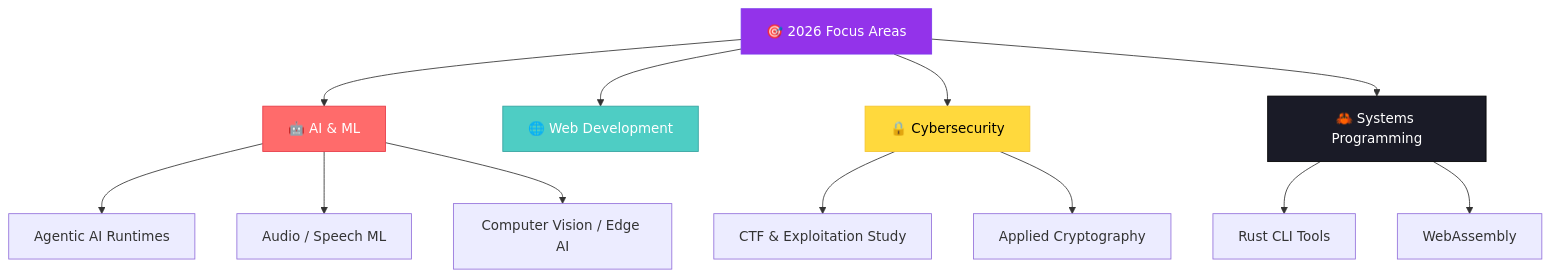
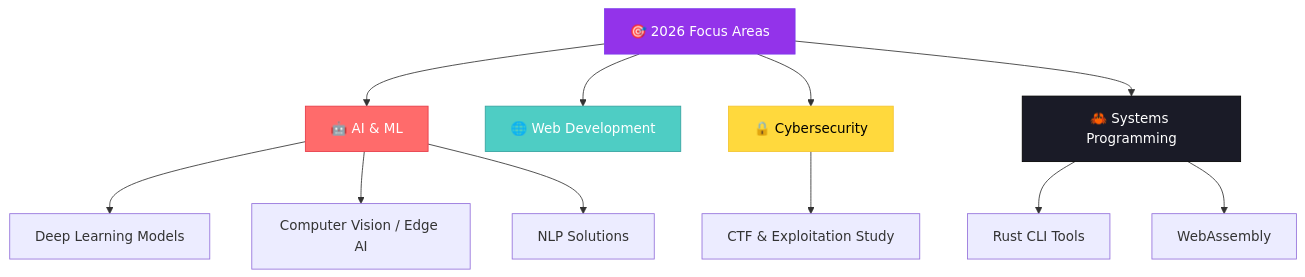
One commit to Ali-hey-0/Ali-hey-0 changed the diagram in README.md. Above: the diagram before and after it, drawn with Mermaid. The commit also changed other lines of this file, not shown here.

````diff
--- a/README.md
+++ b/README.md
@@ -420,23 +245,22 @@
 ```mermaid
 graph TB
     A[🎯 2026 Focus Areas] --> B[🤖 AI & ML]
     A --> C[🌐 Web Development]
     A --> D[🔒 Cybersecurity]
     A --> E[🦀 Systems Programming]
 
-    B --> B1[Agentic AI Runtimes]
-    B --> B2[Audio / Speech ML]
-    B --> B3[Computer Vision / Edge AI]
+    B --> B1[Deep Learning Models]
+    B --> B2[Computer Vision / Edge AI]
+    B --> B3[NLP Solutions]
 
     D --> D1[CTF & Exploitation Study]
-    D --> D2[Applied Cryptography]
 
     E --> E1[Rust CLI Tools]
     E --> E2[WebAssembly]
 
     style A fill:#9333EA,stroke:#7C3AED,color:#fff
     style B fill:#FF6B6B,stroke:#E63946,color:#fff
     style C fill:#4ECDC4,stroke:#35A29F,color:#fff
     style D fill:#FFD93D,stroke:#F4C430,color:#000
     style E fill:#1A1B27,stroke:#000000,color:#fff
 ```
````
